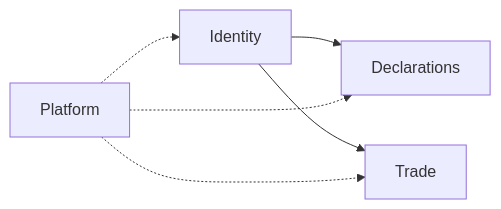
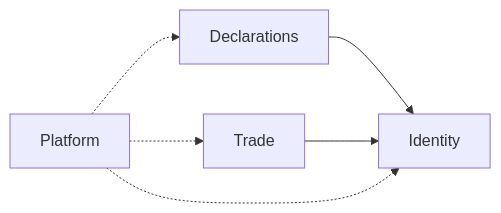
One commit to pohlai88/afenda-lite changed the diagram in doc/backend/03-bounded-contexts.md. Above: the diagram before and after it, drawn with Mermaid. The commit also changed other lines of this file and 266 other files, not shown here.

````diff
--- a/doc/backend/03-bounded-contexts.md
+++ b/doc/backend/03-bounded-contexts.md
@@ -9,12 +9,12 @@
 ```mermaid
 flowchart LR
   Platform[Platform]
   Identity[Identity]
   Declarations[Declarations]
   Trade[Trade]
-  Identity --> Declarations
-  Identity --> Trade
+  Declarations --> Identity
+  Trade --> Identity
   Platform -.-> Identity
   Platform -.-> Declarations
   Platform -.-> Trade
 ```
````
